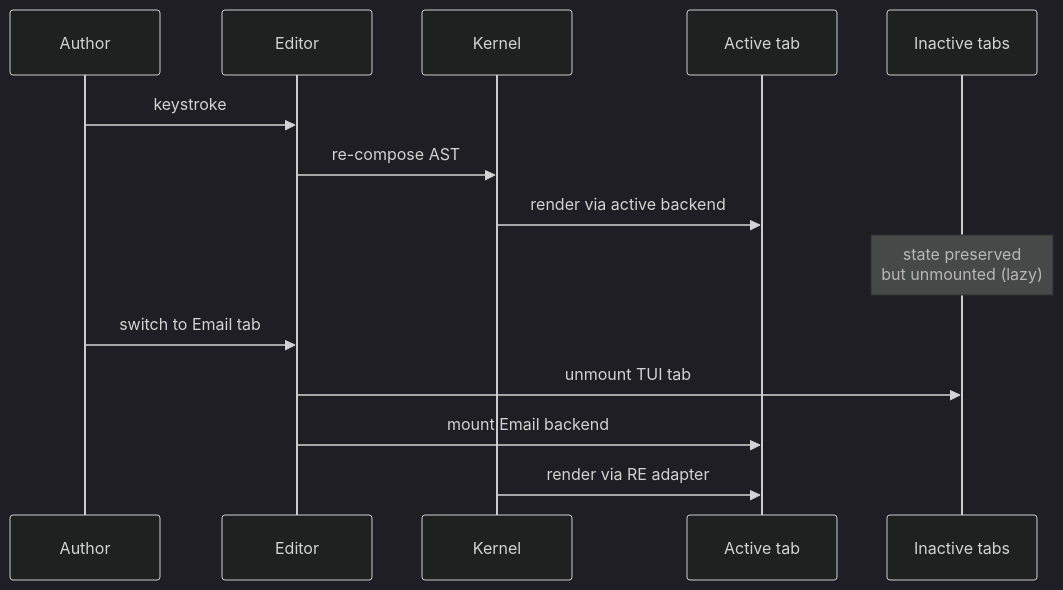
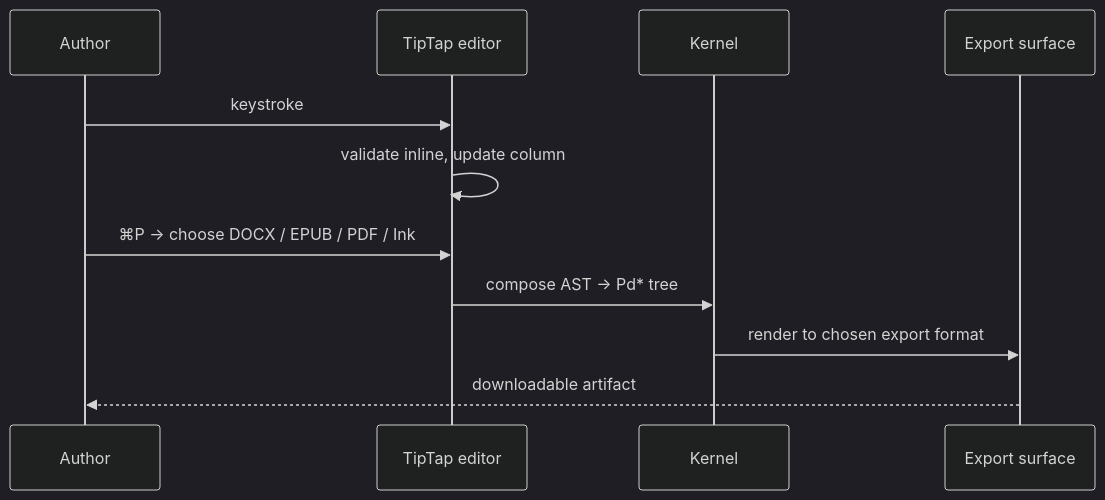
One commit to FRIKKern/portable-doc changed the fourth of 5 diagrams in docs/architecture.md. Above: the diagram before and after it, drawn with Mermaid (dark theme). The commit also changed other lines of this file and 7 other files, not shown here.

````diff
--- a/docs/architecture.md
+++ b/docs/architecture.md
@@ -280,16 +300,13 @@
 ```mermaid
 sequenceDiagram
     participant A as Author
-    participant E as Editor
+    participant E as TipTap editor
     participant K as Kernel
-    participant T as Active tab
-    participant I as Inactive tabs
+    participant X as Export surface
     A->>E: keystroke
-    E->>K: re-compose AST
-    K->>T: render via active backend
-    Note over I: state preserved<br/>but unmounted (lazy)
-    A->>E: switch to Email tab
-    E->>I: unmount TUI tab
-    E->>T: mount Email backend
-    K->>T: render via RE adapter
+    E->>E: validate inline, update column
+    A->>E: ⌘P → choose DOCX / EPUB / PDF / Ink
+    E->>K: compose AST → Pd* tree
+    K->>X: render to chosen export format
+    X-->>A: downloadable artifact
 ```
````
